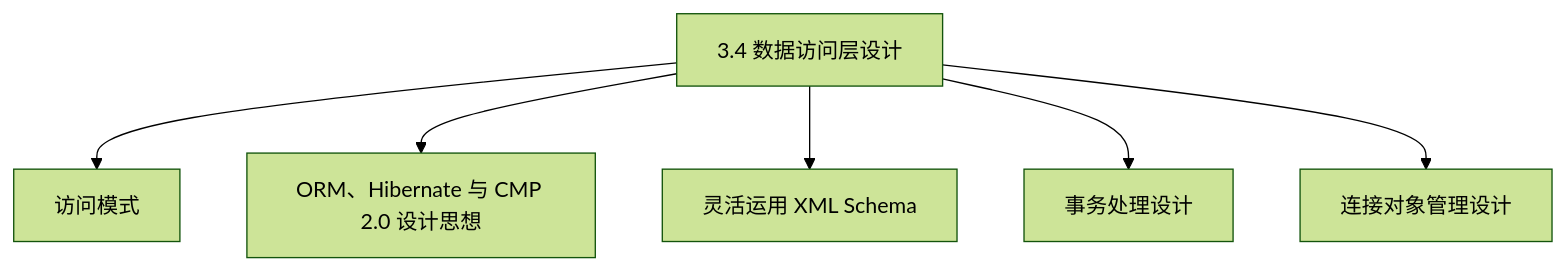
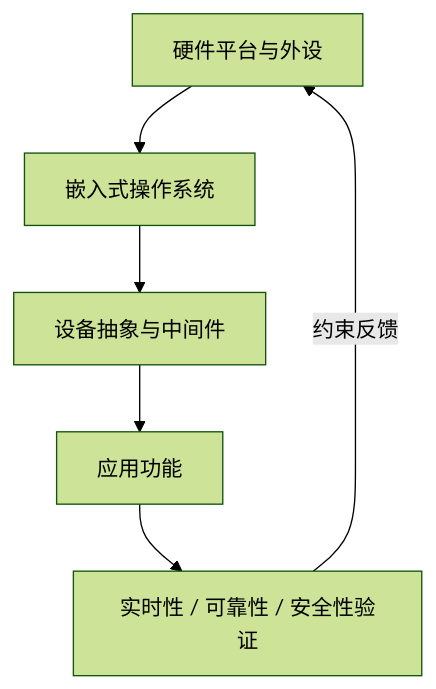
The sixth of 9 diagrams in docs/system-architecture-designer/01_官方大纲与考试政策/02_案例分析大纲脑图.md (mingf423/ruankao), drawn with Mermaid (forest theme) before and after one commit. The commit also changed other lines of this file, not shown here.

Commit message:
Redesign case diagrams as concise architecture concept maps

````diff
--- a/docs/system-architecture-designer/01_官方大纲与考试政策/02_案例分析大纲脑图.md
+++ b/docs/system-architecture-designer/01_官方大纲与考试政策/02_案例分析大纲脑图.md
@@ -186,14 +83,8 @@
 ```mermaid
 flowchart TD
-  R["3.4 数据访问层设计"]
-  N1["访问模式"]
-  R --> N1
-  N2["ORM、Hibernate 与 CMP 2.0 设计思想"]
-  R --> N2
-  N3["灵活运用 XML Schema"]
-  R --> N3
-  N4["事务处理设计"]
-  R --> N4
-  N5["连接对象管理设计"]
-  R --> N5
+  H["硬件平台与外设"] --> O["嵌入式操作系统"]
+  O --> A["设备抽象与中间件"]
+  A --> APP["应用功能"]
+  APP --> T["实时性 / 可靠性 / 安全性验证"]
+  T -->|"约束反馈"| H
 ```
````
